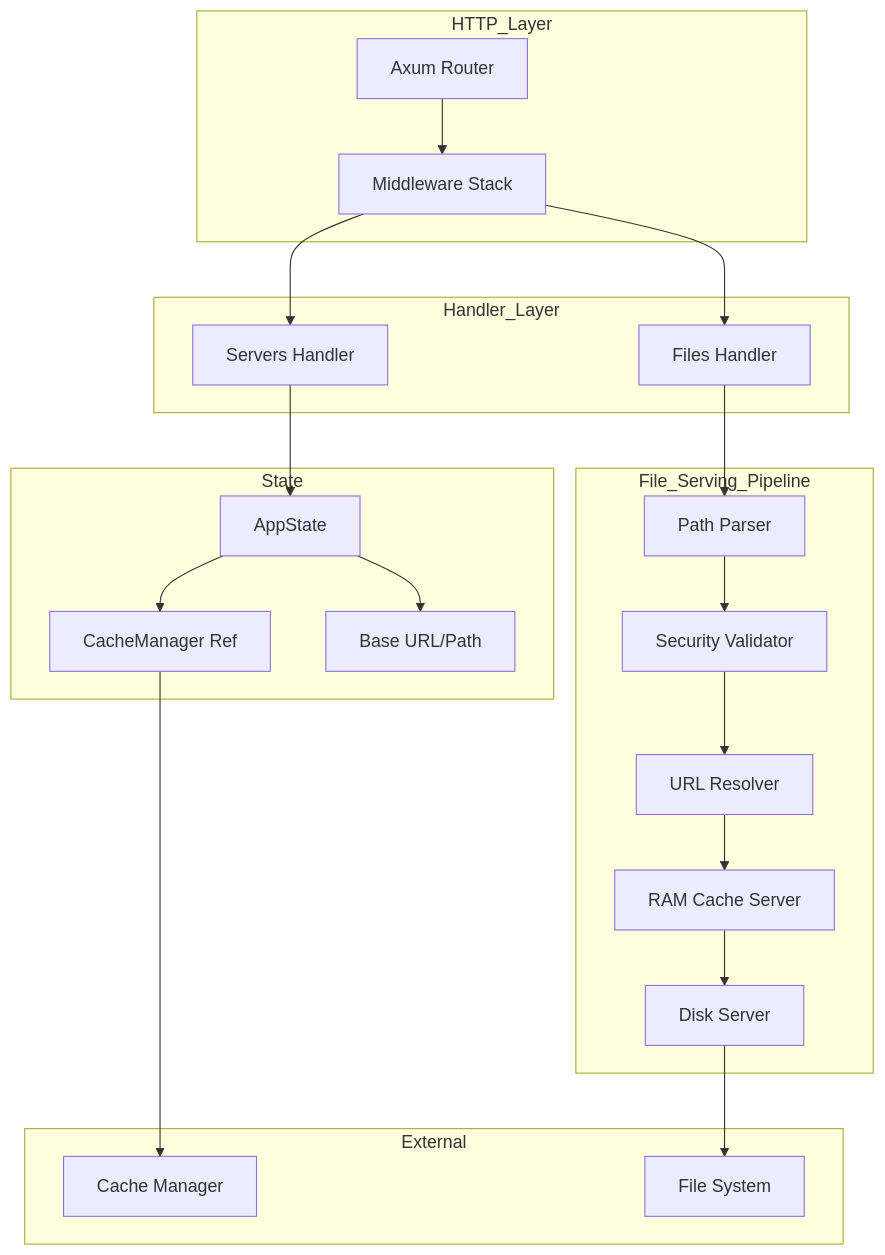
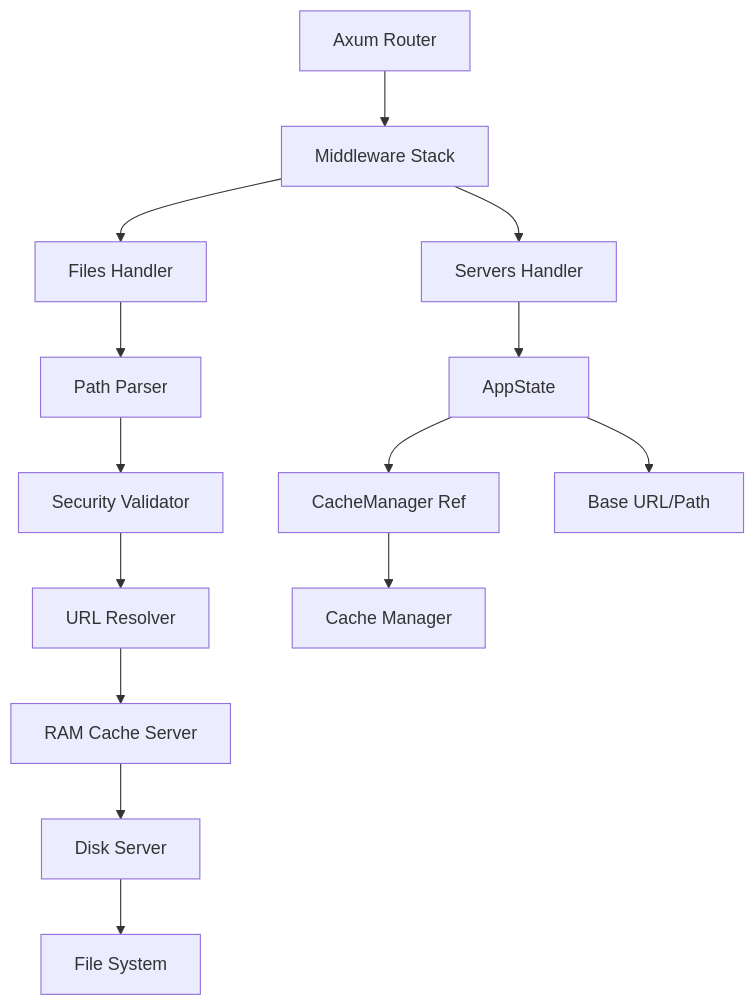
The first of 3 diagrams in crates/api/docs/architecture.md (Lighty-Launcher/LightyUpdater), drawn with Mermaid before and after one commit. The commit also changed other lines of this file and 33 other files, not shown here.

Commit message:
improve docs with mermaid implémentation for gitbook

````diff
--- a/crates/api/docs/architecture.md
+++ b/crates/api/docs/architecture.md
@@ -9,48 +9,19 @@
 ```mermaid
-graph TB
-    subgraph HTTP_Layer
-        Router[Axum Router]
-        Middleware[Middleware Stack]
-    end
+flowchart TB
+    Router[Axum Router] --> Middleware[Middleware Stack]
+    Middleware --> ServersH[Servers Handler]
+    Middleware --> FilesH[Files Handler]
 
-    subgraph Handler_Layer
-        ServersH[Servers Handler]
-        FilesH[Files Handler]
-    end
+    ServersH --> AppState[AppState]
+    FilesH --> Parser[Path Parser]
 
-    subgraph File_Serving_Pipeline
-        Parser[Path Parser]
-        Validator[Security Validator]
-        Resolver[URL Resolver]
-        CacheServe[RAM Cache Server]
-        DiskServe[Disk Server]
-    end
+    Parser --> Validator[Security Validator]
+    Validator --> Resolver[URL Resolver]
+    Resolver --> CacheServe[RAM Cache Server]
+    CacheServe --> DiskServe[Disk Server]
+    DiskServe --> FS[File System]
 
-    subgraph State
-        AppState[AppState]
-        CacheRef[CacheManager Ref]
-        Config[Base URL/Path]
-    end
-
-    subgraph External
-        Cache[Cache Manager]
-        FS[File System]
-    end
-
-    Router --> Middleware
-    Middleware --> ServersH
-    Middleware --> FilesH
-
-    ServersH --> AppState
-    FilesH --> Parser
-
-    Parser --> Validator
-    Validator --> Resolver
-    Resolver --> CacheServe
-    CacheServe --> DiskServe
-    DiskServe --> FS
-
-    AppState --> CacheRef
-    AppState --> Config
-    CacheRef --> Cache
+    AppState --> CacheRef[CacheManager Ref]
+    AppState --> Config[Base URL/Path]
+    CacheRef --> Cache[Cache Manager]
 ```
````
